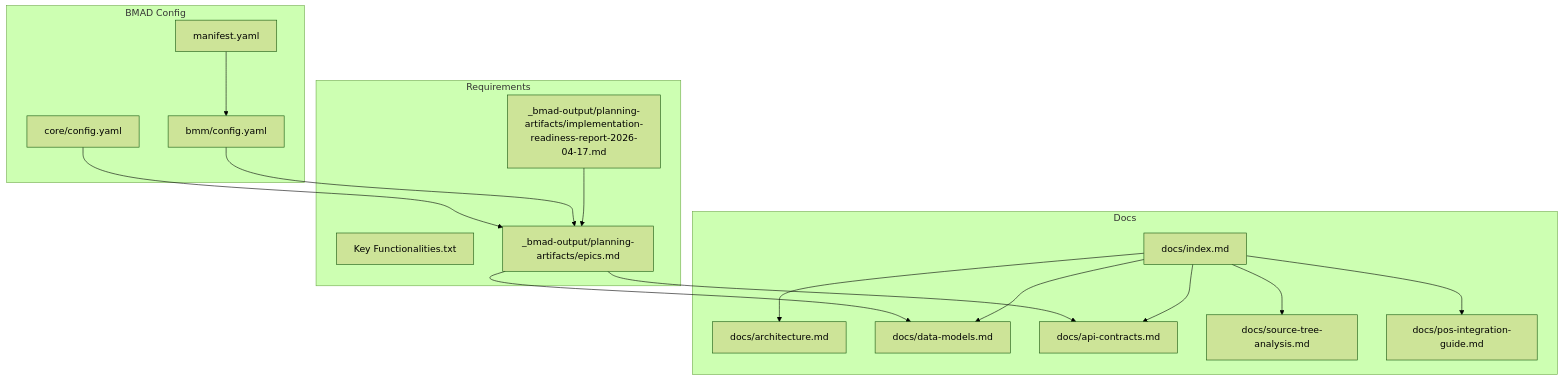
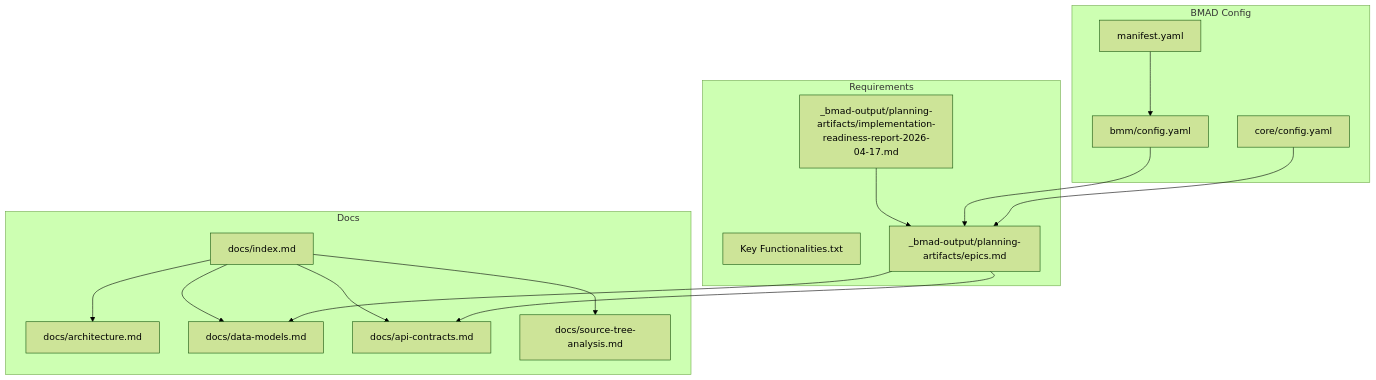
One commit to lamhongbac/NonCash changed the first of 23 diagrams in .qoder/repowiki/en/content/Business Logic and Workflows/Business Logic and Workflows.md. Above: the diagram before and after it, drawn with Mermaid (forest theme). The commit also changed other lines of this file and 36 other files, not shown here.

````diff
--- a/.qoder/repowiki/en/content/Business Logic and Workflows/Business Logic and Workflows.md
+++ b/.qoder/repowiki/en/content/Business Logic and Workflows/Business Logic and Workflows.md
@@ -90,32 +96,30 @@
 ```mermaid
 graph TB
 subgraph "Docs"
 IDX["docs/index.md"]
 ARCH["docs/architecture.md"]
 DM["docs/data-models.md"]
 API["docs/api-contracts.md"]
 STA["docs/source-tree-analysis.md"]
-POS["docs/pos-integration-guide.md"]
 end
 subgraph "Requirements"
 KEY["Key Functionalities.txt"]
 EPICS["_bmad-output/planning-artifacts/epics.md"]
 IR["_bmad-output/planning-artifacts/implementation-readiness-report-2026-04-17.md"]
 end
 subgraph "BMAD Config"
 BMM["bmm/config.yaml"]
 CORE["core/config.yaml"]
 MAN["manifest.yaml"]
 end
 IDX --> ARCH
 IDX --> DM
 IDX --> API
 IDX --> STA
-IDX --> POS
 EPICS --> API
 EPICS --> DM
 IR --> EPICS
 BMM --> EPICS
 CORE --> EPICS
 MAN --> BMM
 ```
````
